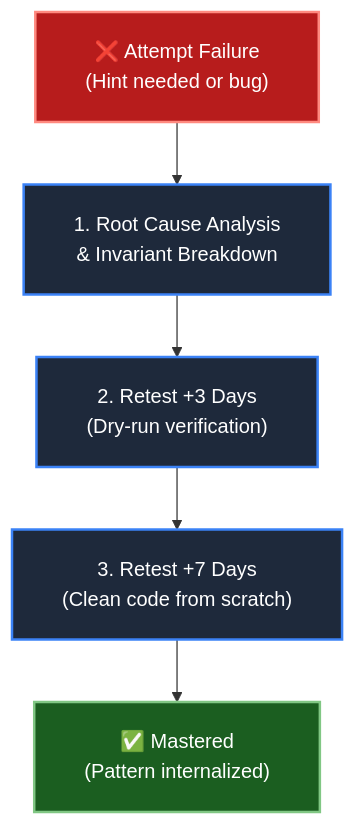
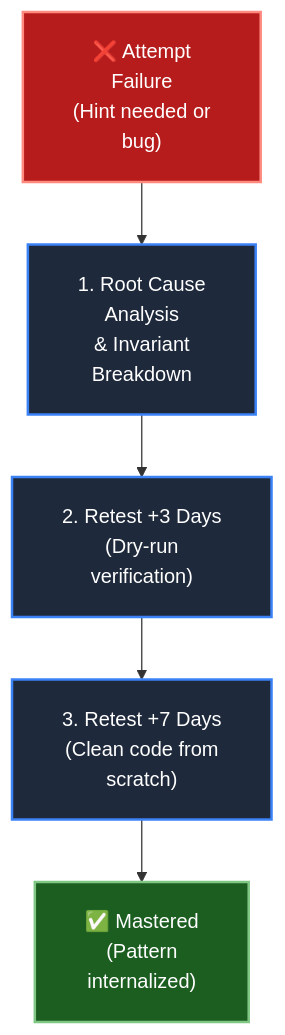
Before and after one commit to dip4k/DSA_102: the diagram in learning_tracking/Question_Bank.md, drawn with Mermaid. The commit also changed 106 other files, not shown here.

First line of the commit message:
fix(mermaid): prevent text clipping with foreignObject overflow and tighter line wrapping

````diff
--- a/learning_tracking/Question_Bank.md
+++ b/learning_tracking/Question_Bank.md
@@ -9,15 +9,15 @@
 ```mermaid
-%%{init: {"flowchart": {"htmlLabels": true, "padding": 20}}}%%
+%%{init: {"flowchart": {"htmlLabels": true, "padding": 20}, "themeCSS": "foreignObject { overflow: visible !important; }"}}%%
 flowchart TD
-    F["❌ Attempt Failure<br/>(Hint needed or bug)"]:::fail
-    A["1. Root Cause Analysis<br/>& Invariant Breakdown"]:::step
-    R1["2. Retest +3 Days<br/>(Dry-run verification)"]:::step
-    R2["3. Retest +7 Days<br/>(Clean code from scratch)"]:::step
-    M["✅ Mastered<br/>(Pattern internalized)"]:::pass
+    F["❌ Attempt<br/>Failure<br/>(Hint needed or<br/>bug)"]:::fail
+    A["1. Root Cause<br/>Analysis<br/>& Invariant<br/>Breakdown"]:::step
+    R1["2. Retest +3 Days<br/>(Dry-run<br/>verification)"]:::step
+    R2["3. Retest +7 Days<br/>(Clean code from<br/>scratch)"]:::step
+    M["✅ Mastered<br/>(Pattern<br/>internalized)"]:::pass
 
     F --> A --> R1 --> R2 --> M
 
     classDef fail fill:#b71c1c,stroke:#ff8a80,stroke-width:2px,color:#ffffff
     classDef step fill:#1e293b,stroke:#3b82f6,stroke-width:2px,color:#ffffff
     classDef pass fill:#1b5e20,stroke:#81c784,stroke-width:2px,color:#ffffff
 ```
````
